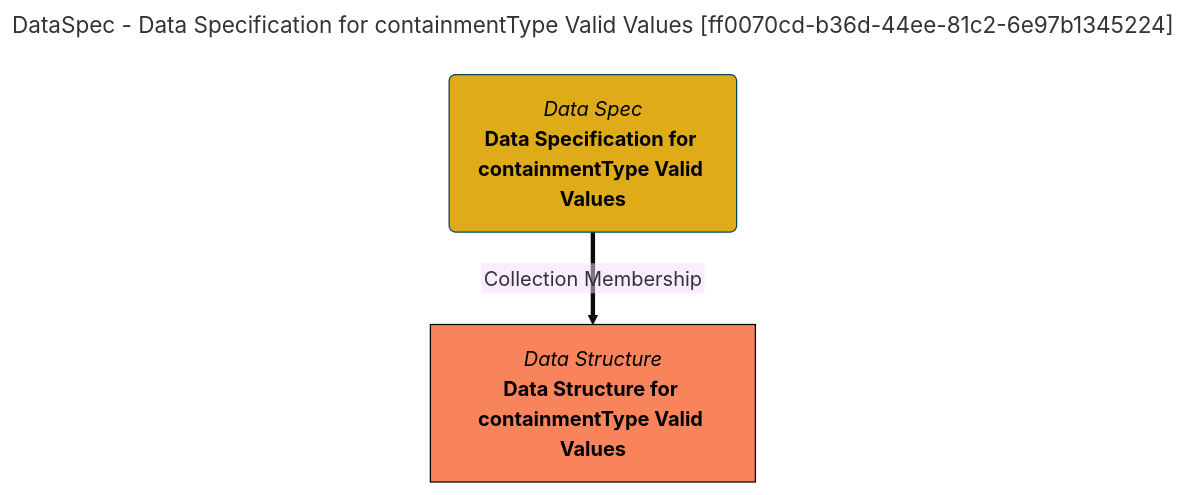
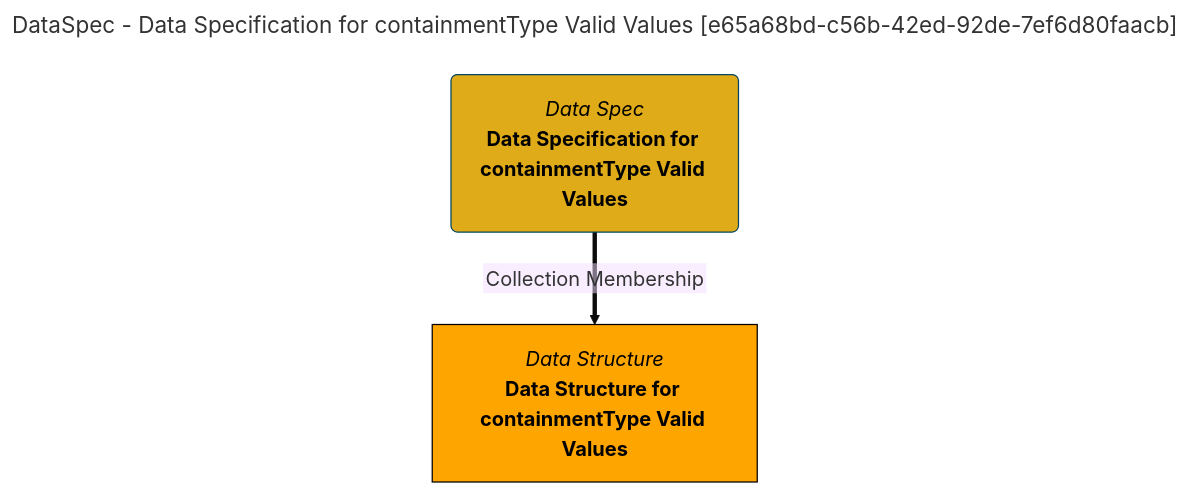
One commit to odpi/egeria-docs changed the diagram in site/snippets/collections/data-specs/data-specification-for-containmenttype-valid-values-mermaid-graph.md. Above: the diagram before and after it, drawn with Mermaid (base theme). The commit also changed 2201 other files, not shown here.

````diff
--- a/site/snippets/collections/data-specs/data-specification-for-containmenttype-valid-values-mermaid-graph.md
+++ b/site/snippets/collections/data-specs/data-specification-for-containmenttype-valid-values-mermaid-graph.md
@@ -1,15 +1,15 @@
 ```mermaid
 ---
-title: DataSpec - Data Specification for containmentType Valid Values [ff0070cd-b36d-44ee-81c2-6e97b1345224]
+title: DataSpec - Data Specification for containmentType Valid Values [e65a68bd-c56b-42ed-92de-7ef6d80faacb]
 ---
 flowchart TD
 %%{init: {"flowchart": {"htmlLabels": false}} }%%
 
 1@{ shape: rounded, label: "*Data Spec*
 **Data Specification for containmentType Valid Values**"}
 2@{ shape: rect, label: "*Data Structure*
 **Data Structure for containmentType Valid Values**"}
 1==>|"Collection Membership"|2
 style 1 color:#000000, fill:#e0ab18, stroke:#004563
-style 2 color:#000000, fill:#f9845b, stroke:#000000
+style 2 color:#000000, fill:#FFA500, stroke:#000000
 ```
````
